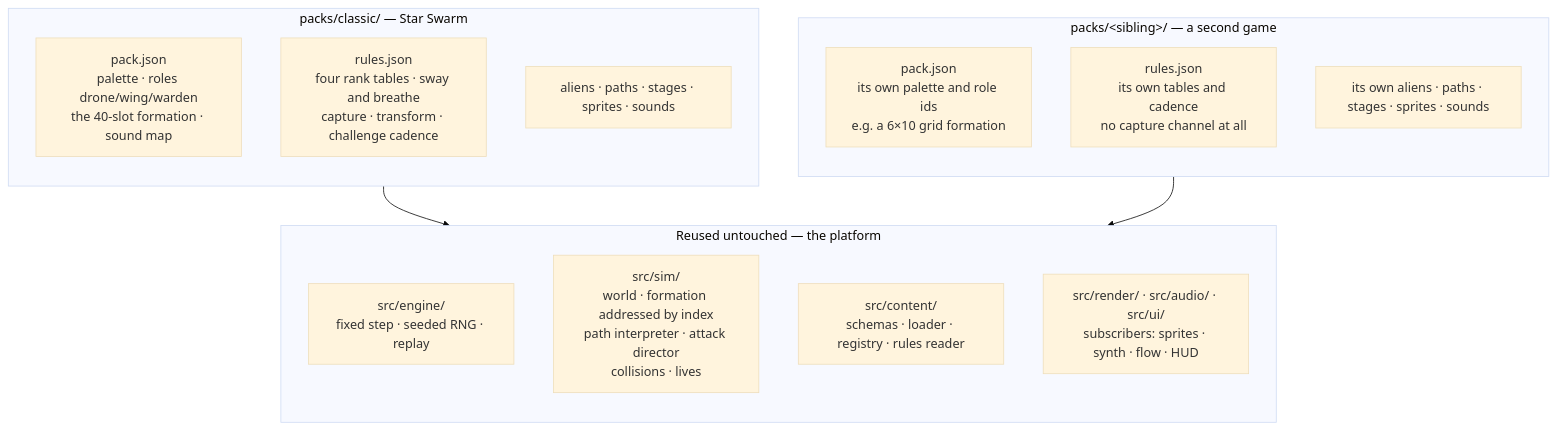
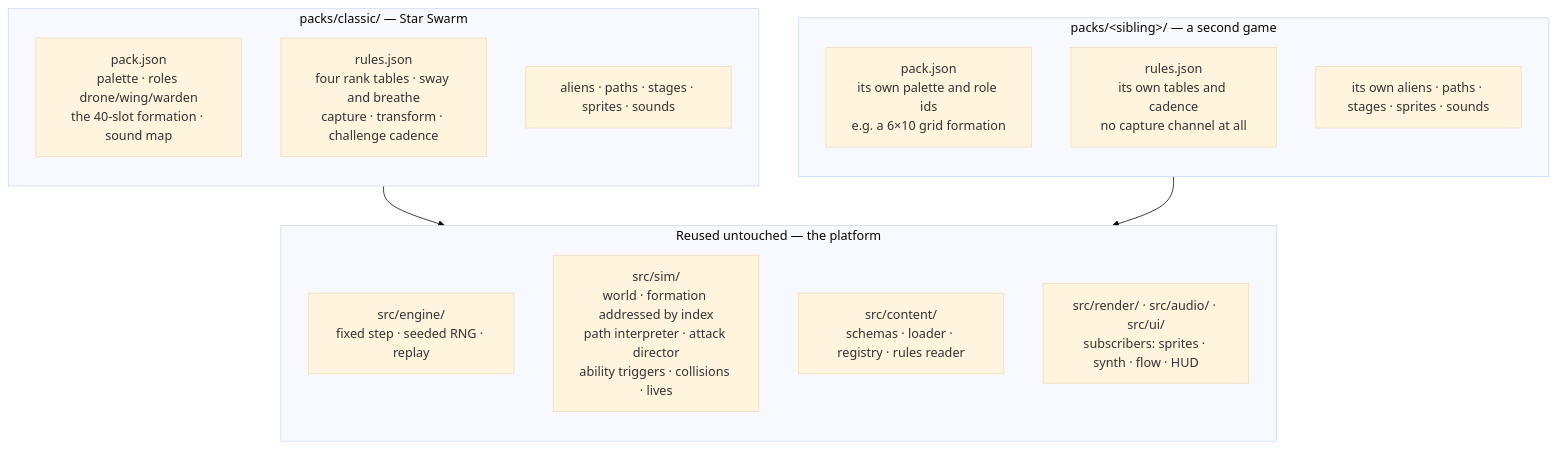
The third of 3 diagrams in docs/ARCHITECTURE.md (sgwoods/star-swarm), drawn with Mermaid (base theme) before and after one commit. The commit also changed other lines of this file and 7 other files, not shown here.

First line of the commit message:
docs: bring the architecture document and the READMEs current with Milestone 2

````diff
--- a/docs/ARCHITECTURE.md
+++ b/docs/ARCHITECTURE.md
@@ -324,27 +359,27 @@
 ```mermaid
 flowchart TB
     subgraph ss["packs/classic/ — Star Swarm"]
         direction TB
         s1["pack.json<br/>palette · roles drone/wing/warden<br/>the 40-slot formation · sound map"]
         s2["rules.json<br/>four rank tables · sway and breathe<br/>capture · transform · challenge cadence"]
         s3["aliens · paths · stages · sprites · sounds"]
     end
 
     subgraph sib["packs/&lt;sibling&gt;/ — a second game"]
         direction TB
         t1["pack.json<br/>its own palette and role ids<br/>e.g. a 6×10 grid formation"]
         t2["rules.json<br/>its own tables and cadence<br/>no capture channel at all"]
         t3["its own aliens · paths · stages · sprites · sounds"]
     end
 
     subgraph reused["Reused untouched — the platform"]
         direction TB
         p1["src/engine/<br/>fixed step · seeded RNG · replay"]
-        p2["src/sim/<br/>world · formation addressed by index<br/>path interpreter · attack director<br/>collisions · lives"]
+        p2["src/sim/<br/>world · formation addressed by index<br/>path interpreter · attack director<br/>ability triggers · collisions · lives"]
         p3["src/content/<br/>schemas · loader · registry · rules reader"]
         p4["src/render/ · src/audio/ · src/ui/<br/>subscribers: sprites · synth · flow · HUD"]
     end
 
     ss --> reused
     sib --> reused
 ```
````
